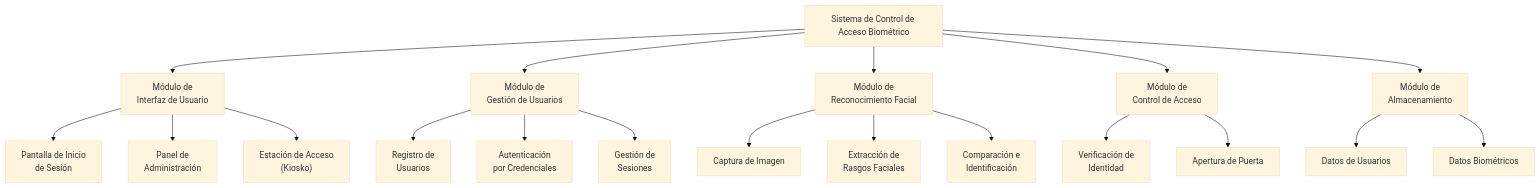
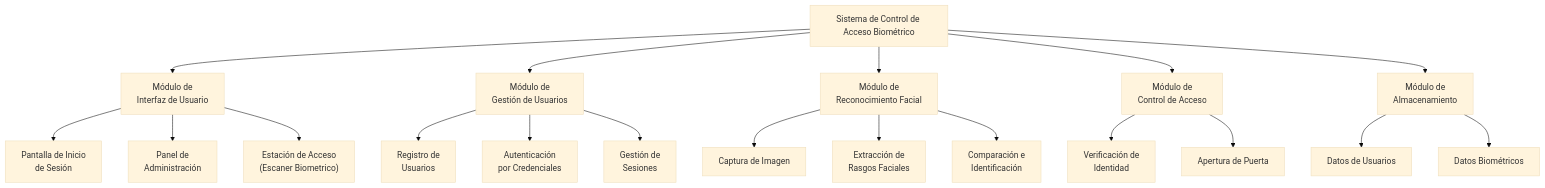
Before and after one commit to Indroic/access-control-system: the diagram in docs/presentacion/01-morfologico.md, drawn with Mermaid (base theme). The commit also changed 11 other files, not shown here.

Commit message:
cambio de nombre de kiosko a Escaner Biometrico

````diff
--- a/docs/presentacion/01-morfologico.md
+++ b/docs/presentacion/01-morfologico.md
@@ -5,28 +5,28 @@
 ```mermaid
 graph TD
     SISTEMA["Sistema de Control de Acceso Biométrico"]
 
     SISTEMA --> M1["Módulo de<br/>Interfaz de Usuario"]
     SISTEMA --> M2["Módulo de<br/>Gestión de Usuarios"]
     SISTEMA --> M3["Módulo de<br/>Reconocimiento Facial"]
     SISTEMA --> M4["Módulo de<br/>Control de Acceso"]
     SISTEMA --> M5["Módulo de<br/>Almacenamiento"]
 
     M1 --> M1A["Pantalla de Inicio<br/>de Sesión"]
     M1 --> M1B["Panel de<br/>Administración"]
-    M1 --> M1C["Estación de Acceso<br/>(Kiosko)"]
+    M1 --> M1C["Estación de Acceso<br/>(Escaner Biometrico)"]
 
     M2 --> M2A["Registro de<br/>Usuarios"]
     M2 --> M2B["Autenticación<br/>por Credenciales"]
     M2 --> M2C["Gestión de<br/>Sesiones"]
 
     M3 --> M3A["Captura de Imagen"]
     M3 --> M3B["Extracción de<br/>Rasgos Faciales"]
     M3 --> M3C["Comparación e<br/>Identificación"]
 
     M4 --> M4A["Verificación de<br/>Identidad"]
     M4 --> M4B["Apertura de Puerta"]
 
     M5 --> M5A["Datos de Usuarios"]
     M5 --> M5B["Datos Biométricos"]
 ```
````
